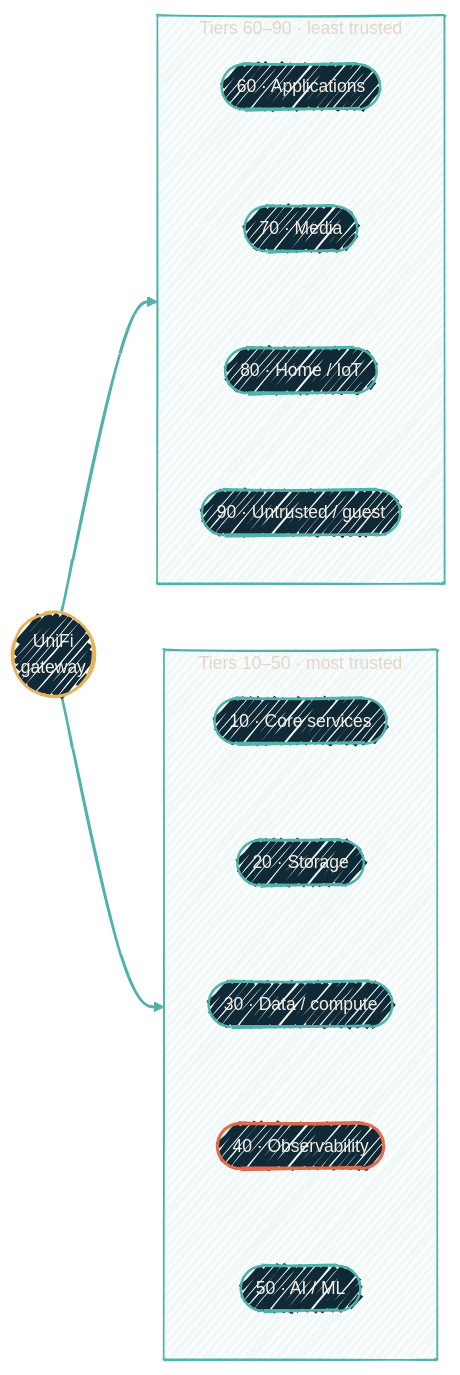
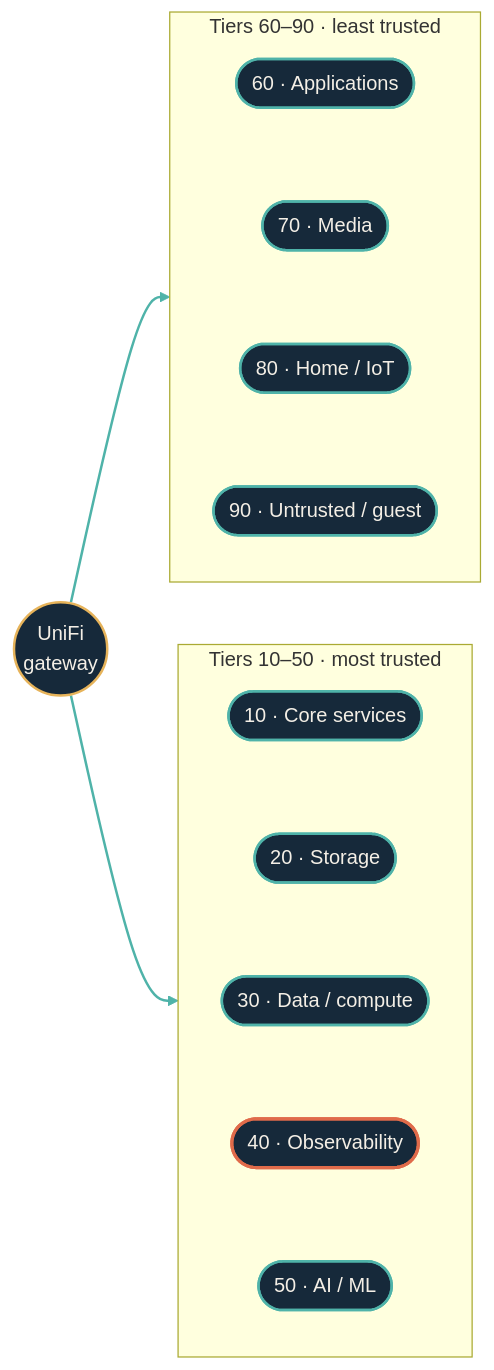
Before and after one commit to dryvist/docs: the eighth of 8 diagrams in observability/pipeline-flows.mdx, drawn with Mermaid. The commit also changed other lines of this file and 116 other files, not shown here.

````diff
--- a/observability/pipeline-flows.mdx
+++ b/observability/pipeline-flows.mdx
@@ -388,43 +408,46 @@
 ```mermaid
-%%{init:
-  {'theme':'base','look':'handDrawn','themeVariables':{'fontFamily':'Geist','fontSize':'14px','primaryColor':'#102937','primaryTextColor':'#F4EFE6','primaryBorderColor':'#4FB3A9','lineColor':'#4FB3A9','secondaryColor':'#0B1D2A','tertiaryColor':'#1A2A38','clusterBkg':'rgba(79,179,169,0.08)','clusterBorder':'#4FB3A9'}}}%%
-  flowchart LR
+%%{init: {"theme":"base","look":"handDrawn","themeVariables":{"primaryColor":"#123a36","primaryTextColor":"#f4efe6","primaryBorderColor":"#4fb3a9","lineColor":"#4fb3a9","secondaryColor":"#0b1d2a","tertiaryColor":"#16293a","clusterBkg":"#08151f","clusterBorder":"#4fb3a9","fontFamily":"'Geist Sans', system-ui, -apple-system, BlinkMacSystemFont, 'Segoe UI', Roboto, sans-serif","fontSize":"14px"}}}%%
+flowchart LR
+  classDef src fill:#16293a,stroke:#e06b4a,stroke-width:2px,color:#f4efe6;
+  classDef ai fill:#16293a,stroke:#e06b4a,stroke-width:2px,color:#f4efe6;
+  classDef gate fill:#16293a,stroke:#e06b4a,stroke-width:2.5px,color:#f4efe6;
+  classDef hop fill:#16293a,stroke:#4fb3a9,stroke-width:2px,color:#f4efe6;
+  classDef host fill:#16293a,stroke:#4fb3a9,stroke-width:2px,color:#f4efe6;
+  classDef sink fill:#16293a,stroke:#f4efe6,stroke-width:2px,color:#f4efe6;
+  classDef auto fill:#16293a,stroke:#f4efe6,stroke-width:1.5px,color:#f4efe6;
+  classDef external fill:#16293a,stroke:#e6b35a,stroke-width:2px,color:#f4efe6;
   GW((UniFi<br/>gateway))
   subgraph upper["Tiers 10–50 · most trusted"]
   direction TB
   T1([10 · Core services])
   T2([20 · Storage])
   T3([30 · Data / compute])
   T4([40 · Observability])
   T5([50 · AI / ML])
   end
   subgraph lower["Tiers 60–90 · least trusted"]
   direction TB
   T6([60 · Applications])
   T7([70 · Media])
   T8([80 · Home / IoT])
   T9([90 · Untrusted / guest])
   end
 
   GW --> T1
   T1 ~~~ T2
   T2 ~~~ T3
   T3 ~~~ T4
   T4 ~~~ T5
   GW --> T6
   T6 ~~~ T7
   T7 ~~~ T8
   T8 ~~~ T9
 
-  classDef external fill:#102937,stroke:#E6B35A,stroke-width:2px,color:#F4EFE6;
-  classDef host fill:#102937,stroke:#4FB3A9,stroke-width:2px,color:#F4EFE6;
-  classDef gate fill:#102937,stroke:#E06B4A,stroke-width:2.5px,color:#F4EFE6;
-
   class GW external
   class T1,T2,T3,T5,T6,T7,T8,T9 host
   class T4 gate
 
   click T4 "/observability/monitoring-agents" "The observability tier's collectors"
 
   linkStyle 0,5 stroke:#4FB3A9,stroke-width:2px;
 ```
````
